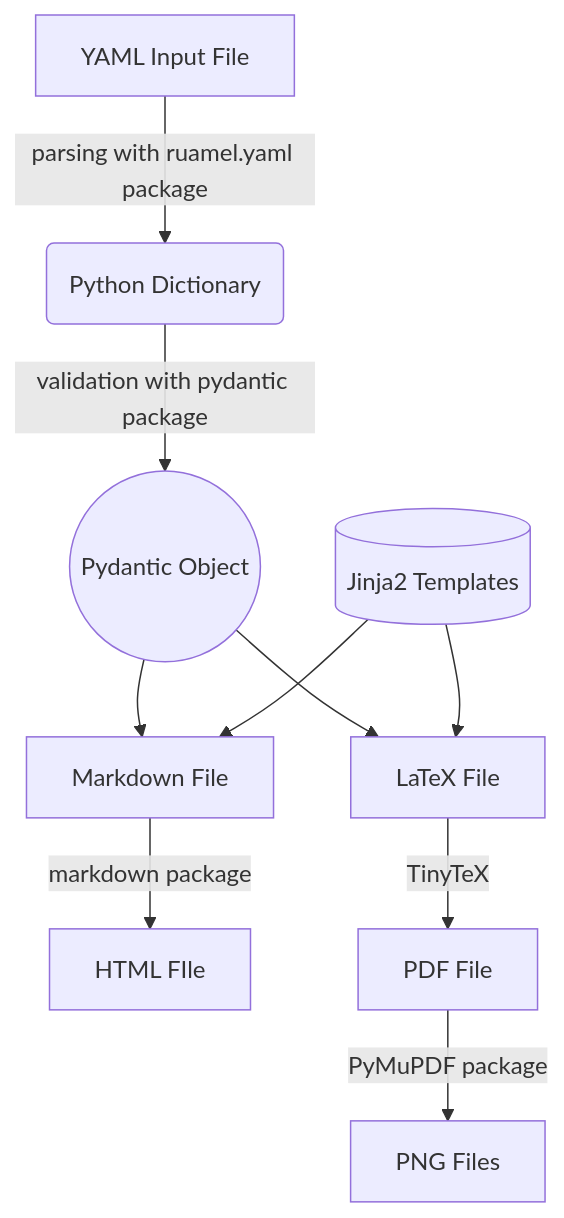
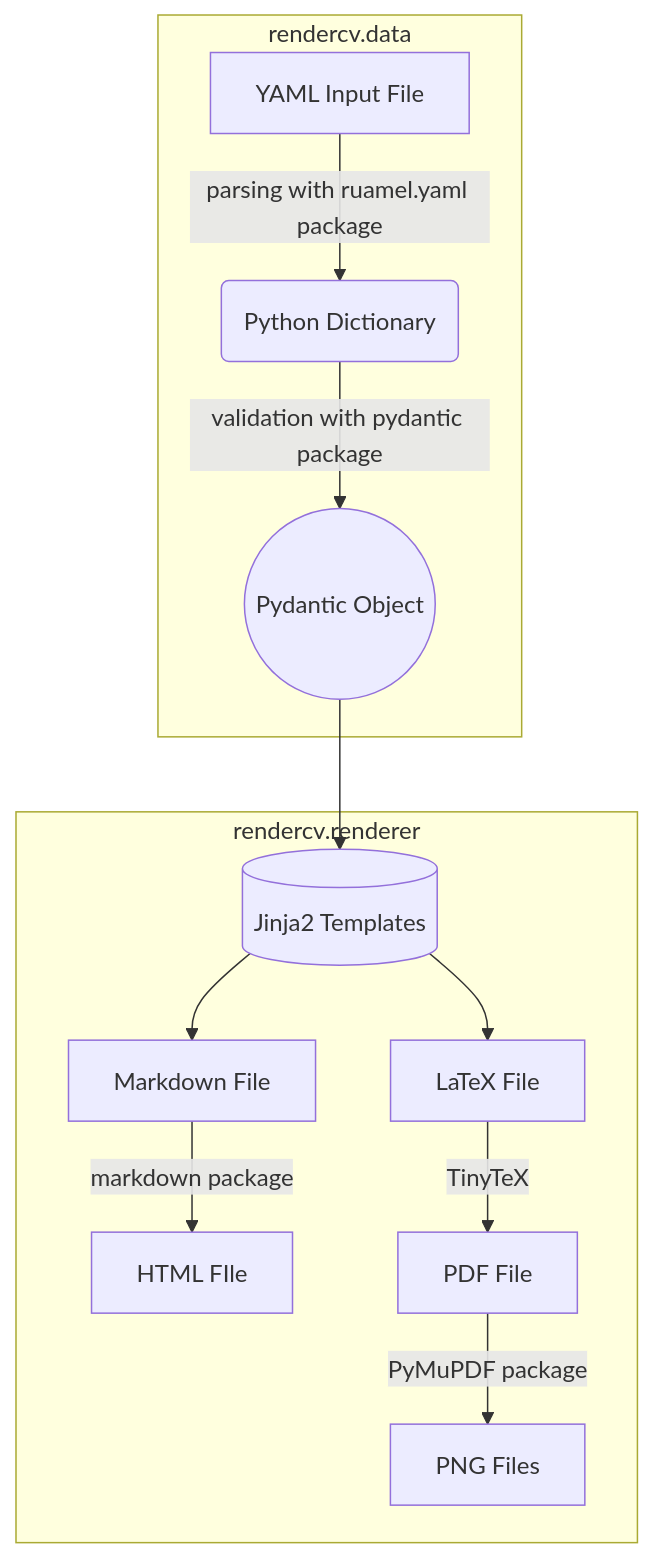
One commit to sinaatalay/rendercv changed the diagram in docs/developer_guide/index.md. Above: the diagram before and after it, drawn with Mermaid. The commit also changed 35 other files, not shown here.

````diff
--- a/docs/developer_guide/index.md
+++ b/docs/developer_guide/index.md
@@ -57,12 +57,15 @@
 ```mermaid
 flowchart TD
+    subgraph rendercv.data
     A[YAML Input File] --parsing with ruamel.yaml package--> B(Python Dictionary)
     B --validation with pydantic package--> C((Pydantic Object))
-    C --> D[LaTeX File]
-    C --> E[Markdown File]
-    E --markdown package--> K[HTML FIle]
-    D --TinyTeX--> L[PDF File]
+    end
+    subgraph rendercv.renderer
+    C --> AA
+    E[Markdown File] --markdown package--> K[HTML FIle]
+    D[LaTeX File] --TinyTeX--> L[PDF File]
     L --PyMuPDF package--> Z[PNG Files]
     AA[(Jinja2 Templates)] --> D
     AA[(Jinja2 Templates)] --> E
+    end
 ```
````
